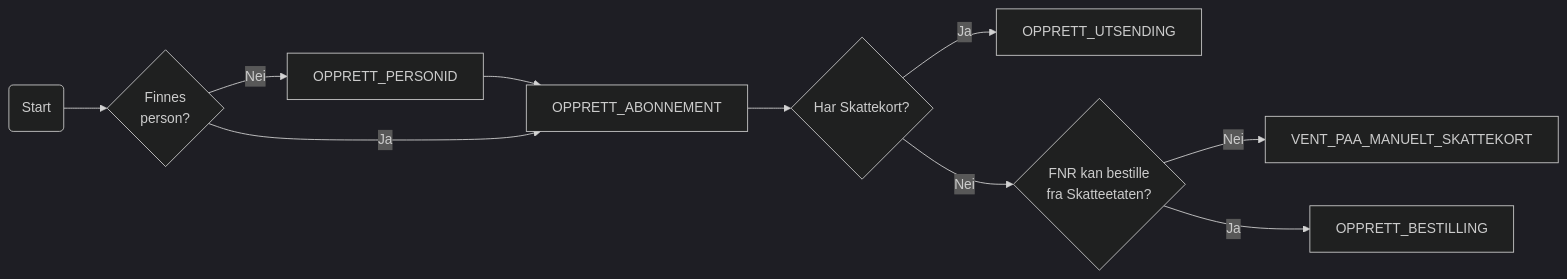
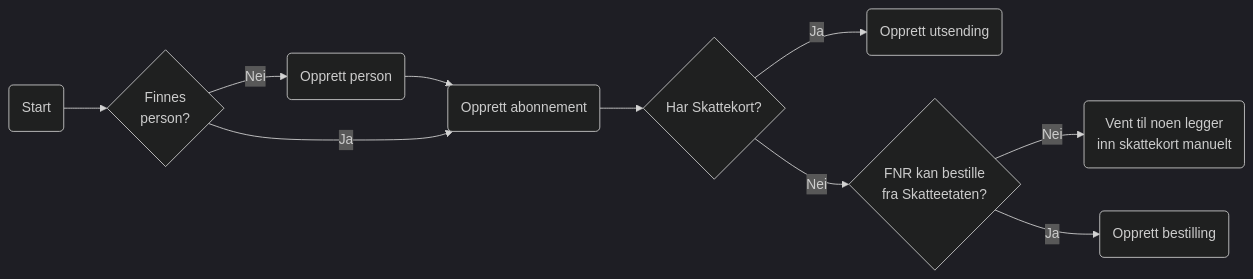
Before and after one commit to navikt/sokos-skattekort: the second of 9 diagrams in dokumentasjon/arkitektur/workflows.md, drawn with Mermaid (dark theme). The commit also changed other lines of this file, not shown here.

Commit message:
TOB-6796 enda mer forberedelse til presentasjon

````diff
--- a/dokumentasjon/arkitektur/workflows.md
+++ b/dokumentasjon/arkitektur/workflows.md
@@ -45,10 +45,10 @@
 ```mermaid
 flowchart LR
     Start(Start) --> FNR{Finnes \nperson?}
-    FNR -->|Nei| OPPRETT_PERSONID --> OPPRETT_ABONNEMENT
-    FNR -->|Ja| OPPRETT_ABONNEMENT --> SJEKK_SKATTEKORT{Har Skattekort?}
-    SJEKK_SKATTEKORT -->|Ja| OPPRETT_UTSENDING
+    FNR -->|Nei| OPPRETT_PERSONID(Opprett person) --> OPPRETT_ABONNEMENT
+    FNR -->|Ja| OPPRETT_ABONNEMENT(Opprett abonnement) --> SJEKK_SKATTEKORT{Har Skattekort?}
+    SJEKK_SKATTEKORT -->|Ja| OPPRETT_UTSENDING(Opprett utsending)
     SJEKK_SKATTEKORT -->|Nei| FNR_KAN_BESTILLE{FNR kan bestille \nfra Skatteetaten?}
-    FNR_KAN_BESTILLE --> |Nei| VENT_PAA_MANUELT_SKATTEKORT
-    FNR_KAN_BESTILLE --> |Ja| OPPRETT_BESTILLING
+    FNR_KAN_BESTILLE --> |Nei| VENT_PAA_MANUELT_SKATTEKORT(Vent til noen legger \ninn skattekort manuelt)
+    FNR_KAN_BESTILLE --> |Ja| OPPRETT_BESTILLING(Opprett bestilling)
 ```
````
